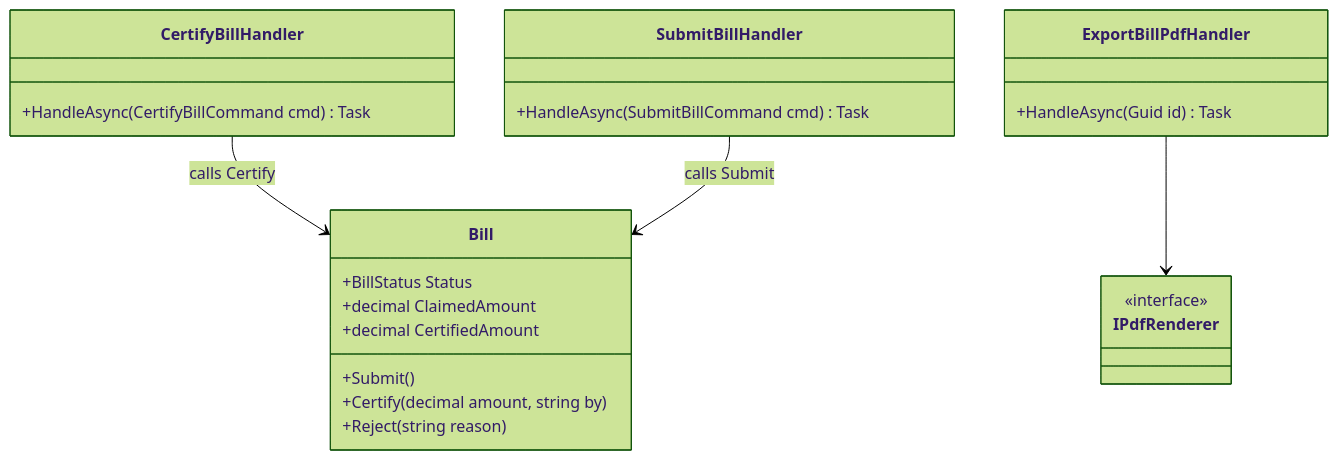
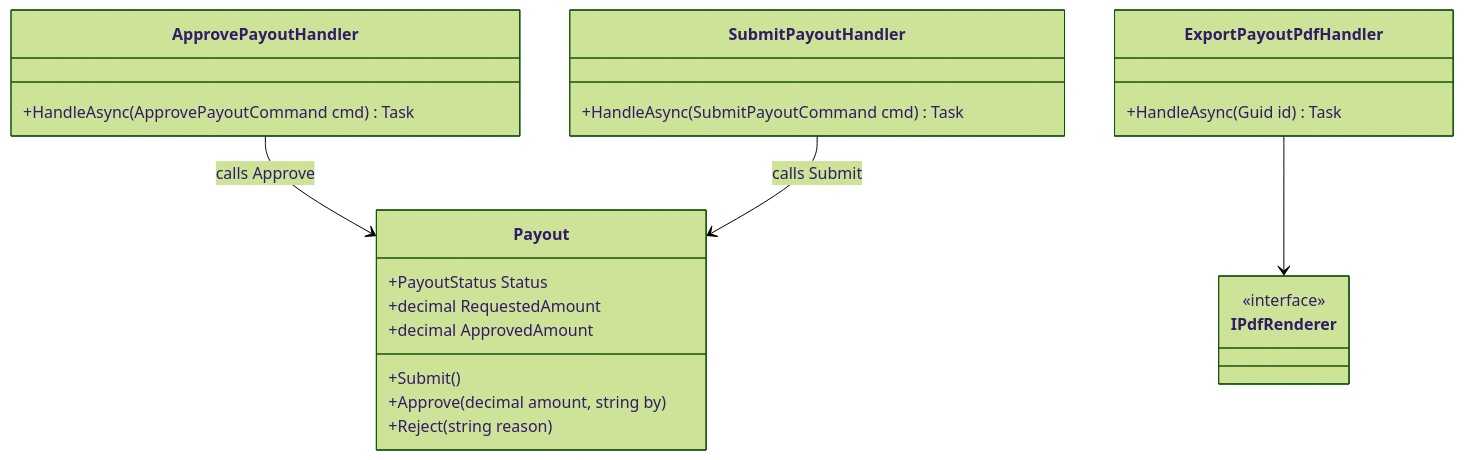
Before and after one commit to rizwi0786/system-design-lab: the third of 3 diagrams in content/lessons/m02/m02-vertical-slice.md, drawn with Mermaid (forest theme). The commit also changed other lines of this file and 334 other files, not shown here.

````diff
--- a/content/lessons/m02/m02-vertical-slice.md
+++ b/content/lessons/m02/m02-vertical-slice.md
@@ -872,26 +895,26 @@
 ```mermaid
 classDiagram
-    class Bill {
-        +BillStatus Status
-        +decimal ClaimedAmount
-        +decimal CertifiedAmount
+    class Payout {
+        +PayoutStatus Status
+        +decimal RequestedAmount
+        +decimal ApprovedAmount
         +Submit()
-        +Certify(decimal amount, string by)
+        +Approve(decimal amount, string by)
         +Reject(string reason)
     }
-    class CertifyBillHandler {
-        +HandleAsync(CertifyBillCommand cmd) Task
+    class ApprovePayoutHandler {
+        +HandleAsync(ApprovePayoutCommand cmd) Task
     }
-    class SubmitBillHandler {
-        +HandleAsync(SubmitBillCommand cmd) Task
+    class SubmitPayoutHandler {
+        +HandleAsync(SubmitPayoutCommand cmd) Task
     }
-    class ExportBillPdfHandler {
+    class ExportPayoutPdfHandler {
         +HandleAsync(Guid id) Task
     }
     class IPdfRenderer {
         <<interface>>
     }
-    CertifyBillHandler --> Bill : calls Certify
-    SubmitBillHandler --> Bill : calls Submit
-    ExportBillPdfHandler --> IPdfRenderer
+    ApprovePayoutHandler --> Payout : calls Approve
+    SubmitPayoutHandler --> Payout : calls Submit
+    ExportPayoutPdfHandler --> IPdfRenderer
 ```
````
